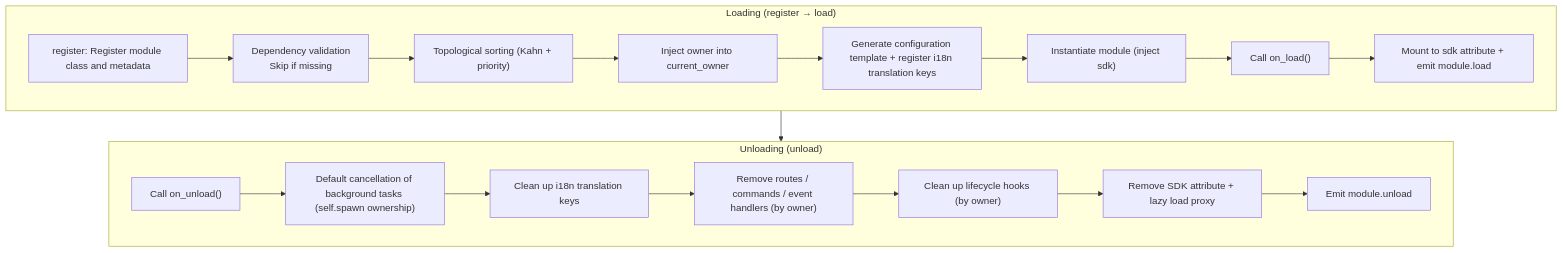
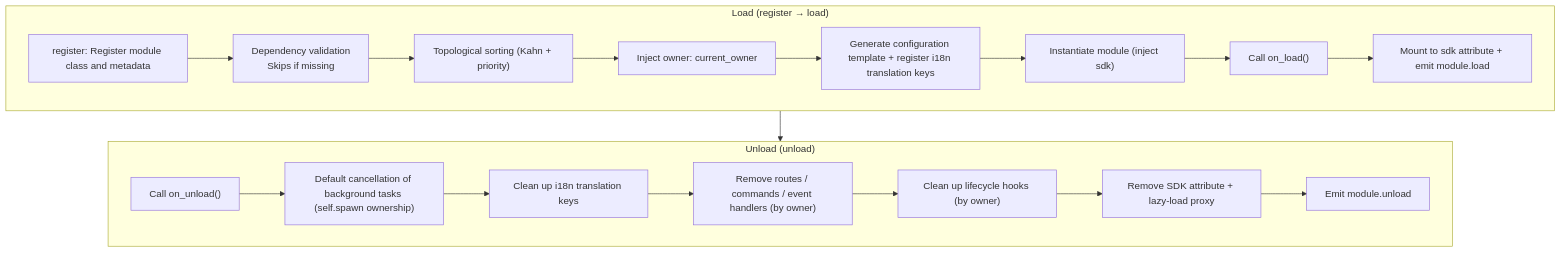
One commit to ErisPulse/ErisPulse changed the diagram in docs/en/developer-guide/modules/core-concepts.md. Above: the diagram before and after it, drawn with Mermaid. The commit also changed other lines of this file and 622 other files, not shown here.

````diff
--- a/docs/en/developer-guide/modules/core-concepts.md
+++ b/docs/en/developer-guide/modules/core-concepts.md
@@ -90,23 +90,23 @@
 ```mermaid
 flowchart TD
-    subgraph Load["Loading (register → load)"]
-        L1["register: Register module class and metadata"] --> L2["Dependency validation<br/>Skip if missing"]
+    subgraph Load["Load (register → load)"]
+        L1["register: Register module class and metadata"] --> L2["Dependency validation<br/>Skips if missing"]
         L2 --> L3["Topological sorting (Kahn + priority)"]
-        L3 --> L4["Inject owner into current_owner"]
+        L3 --> L4["Inject owner: current_owner"]
         L4 --> L5["Generate configuration template + register i18n translation keys"]
         L5 --> L6["Instantiate module (inject sdk)"]
         L6 --> L7["Call on_load()"]
         L7 --> L8["Mount to sdk attribute + emit module.load"]
     end
 
-    subgraph Unload["Unloading (unload)"]
+    subgraph Unload["Unload (unload)"]
         U1["Call on_unload()"] --> U2["Default cancellation of background tasks (self.spawn ownership)"]
         U2 --> U3["Clean up i18n translation keys"]
         U3 --> U4["Remove routes / commands / event handlers (by owner)"]
         U4 --> U5["Clean up lifecycle hooks (by owner)"]
-        U5 --> U6["Remove SDK attribute + lazy load proxy"]
+        U5 --> U6["Remove SDK attribute + lazy-load proxy"]
         U6 --> U7["Emit module.unload"]
     end
 
     Load --> Unload
 ```
````
